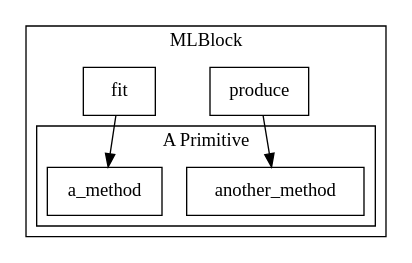
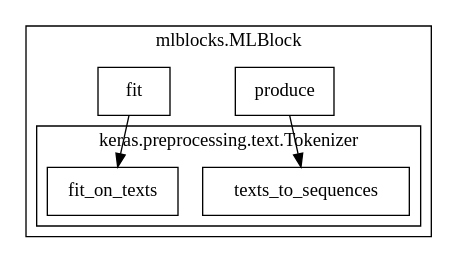
One commit to MLBazaar/MLBlocks changed the diagram in docs/advanced_usage/primitives.rst. Above: the diagram before and after it, drawn with Graphviz. The commit also changed other lines of this file, not shown here.

Commit message:
Add more details about the primitive JSON

```diff
--- a/docs/advanced_usage/primitives.rst
+++ b/docs/advanced_usage/primitives.rst
@@ -210,23 +286,23 @@
 .. graphviz::
 
     digraph {
         {
             node [shape=box]
-            a_method;
-            another_method;
+            fit_on_texts;
+            texts_to_sequences;
             fit;
             produce;
         }
         subgraph cluster_1 {
             {rank=same; fit produce};
             fit -> produce [style=invis];
-            fit -> a_method;
-            produce -> another_method;
-            label = "MLBlock";
+            fit -> fit_on_texts;
+            produce -> texts_to_sequences;
+            label = "mlblocks.MLBlock";
             subgraph cluster_2 {
-                a_method;
-                another_method;
-                label = "A Primitive";
+                fit_on_texts;
+                texts_to_sequences;
+                label = "keras.preprocessing.text.Tokenizer";
             }
         }
     }
```
